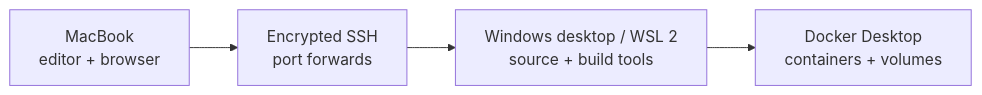
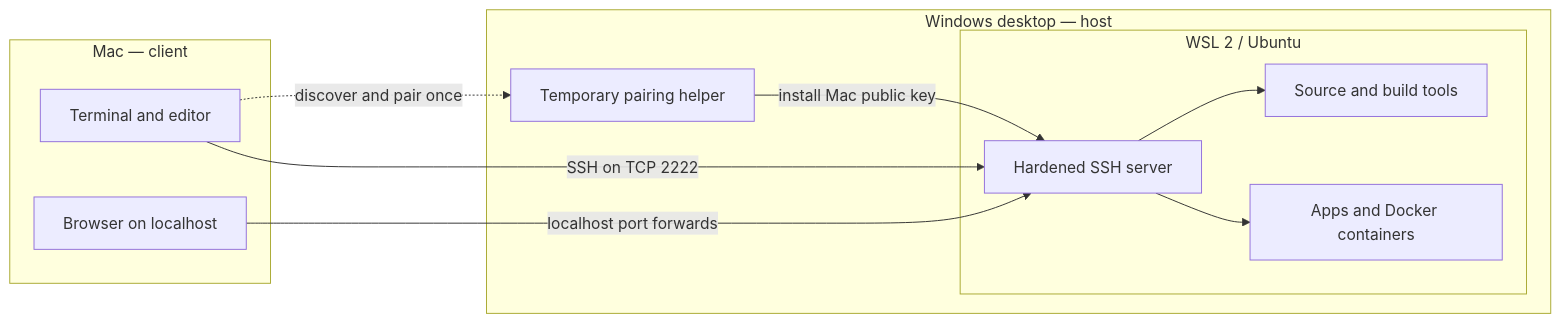
Before and after one commit to M3ndes/otherhost: the diagram in README.md, drawn with Mermaid. The commit also changed other lines of this file and 7 other files, not shown here.

````diff
--- a/README.md
+++ b/README.md
@@ -18,8 +52,23 @@
 ```mermaid
 flowchart LR
-    Mac["MacBook<br/>editor + browser"]
-    SSH["Encrypted SSH<br/>port forwards"]
-    WSL["Windows desktop / WSL 2<br/>source + build tools"]
-    Docker["Docker Desktop<br/>containers + volumes"]
-    Mac --> SSH --> WSL --> Docker
+    subgraph Client["Mac — client"]
+        Editor["Terminal and editor"]
+        Browser["Browser on localhost"]
+    end
+
+    subgraph Host["Windows desktop — host"]
+        Pair["Temporary pairing helper"]
+        subgraph WSL["WSL 2 / Ubuntu"]
+            SSH["Hardened SSH server"]
+            Code["Source and build tools"]
+            Apps["Apps and Docker containers"]
+        end
+    end
+
+    Editor -.->|"discover and pair once"| Pair
+    Pair -->|"install Mac public key"| SSH
+    Editor -->|"SSH on TCP 2222"| SSH
+    Browser -->|"localhost port forwards"| SSH
+    SSH --> Code
+    SSH --> Apps
 ```
````
